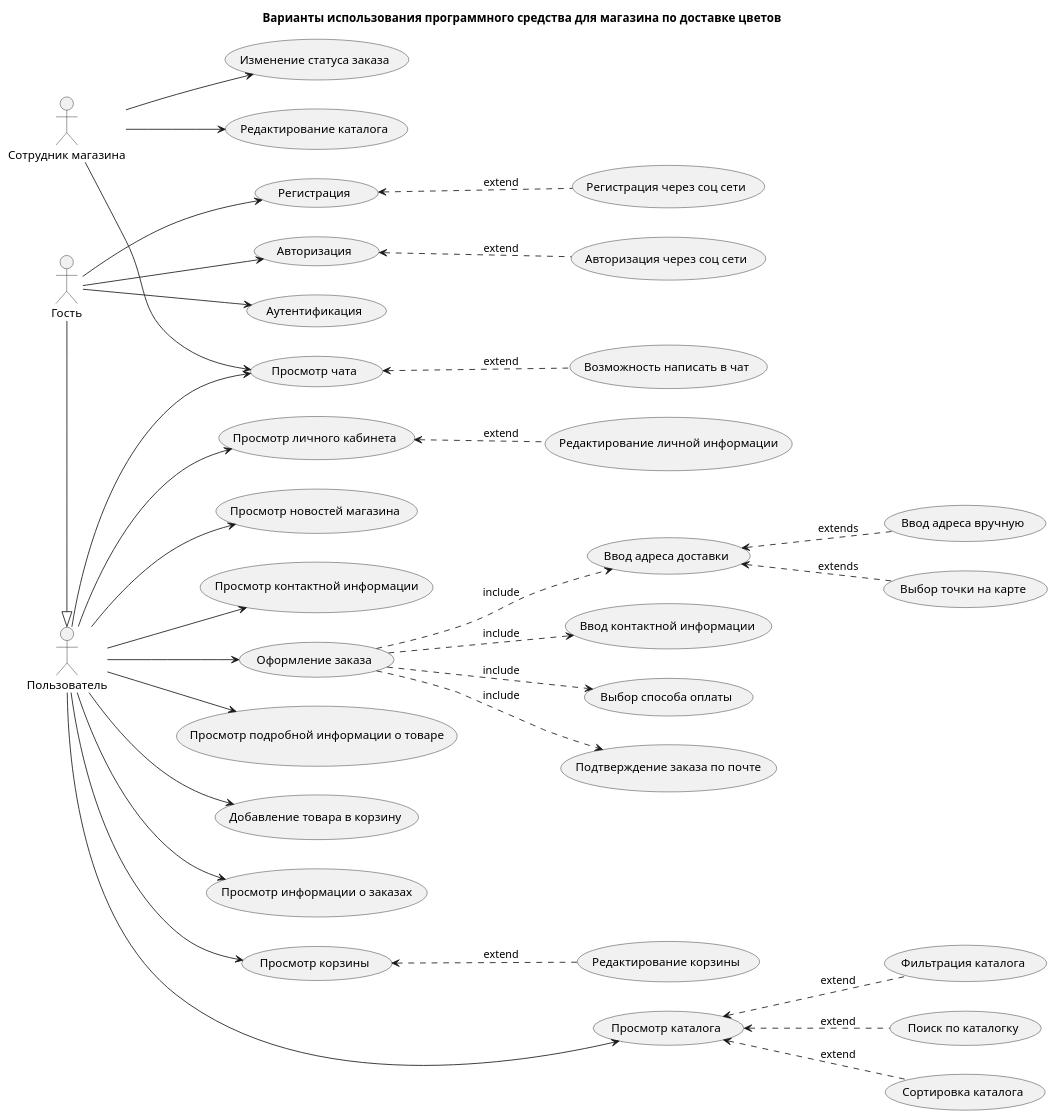
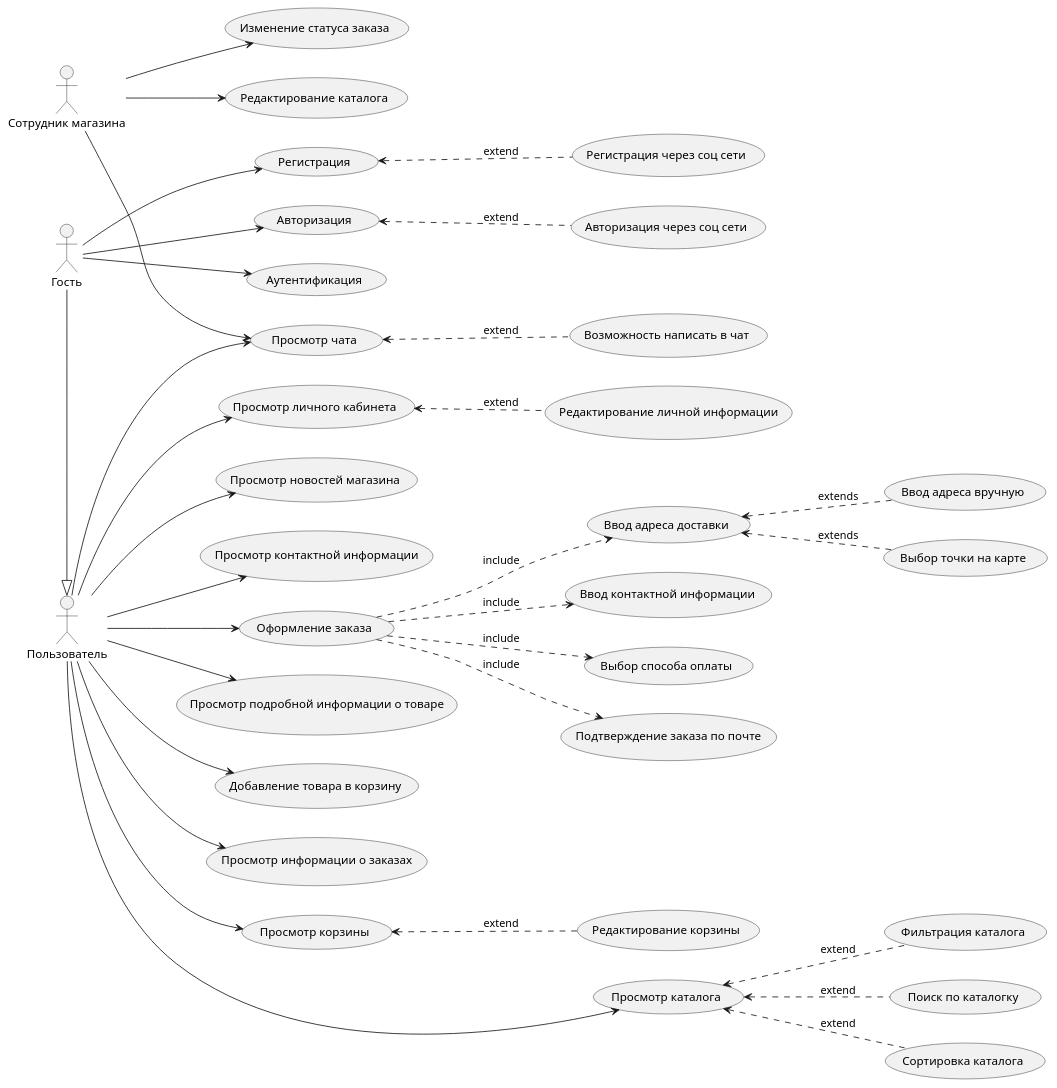
The diagram in Docs/diagrams/use_case.puml (nikail23/Diplom), drawn with PlantUML before and after one commit. The commit also changed 4 other files, not shown here.

```diff
--- a/Docs/diagrams/use_case.puml
+++ b/Docs/diagrams/use_case.puml
@@ -1,90 +1,88 @@
 @startuml
 left to right direction
-
-title Варианты использования программного средства для магазина по доставке цветов
 
 ' actors
 
 actor "Гость" as Guest
 actor "Пользователь" as User
 actor "Сотрудник магазина" as Worker
 
 ' use cases
 
 usecase "Регистрация" as Registration
 usecase "Редактирование каталога" as EditCatalog
 usecase "Регистрация через соц сети" as RegistrationSN
 usecase "Авторизация" as Authorisation
 usecase "Аутентификация" as Authentification
 usecase "Просмотр новостей магазина" as ViewNews
 usecase "Авторизация через соц сети" as AuthorisationSN
 usecase "Просмотр личного кабинета" as ViewAccount
 usecase "Редактирование личной информации" as ViewAccountEdit
 usecase "Просмотр каталога" as ViewCatalog
 usecase "Поиск по каталогку" as ViewCatalogSearch
 usecase "Сортировка каталога" as ViewCatalogSort
 usecase "Фильтрация каталога" as ViewCatalogFilter
 usecase "Просмотр контактной информации" as ViewContacts
 usecase "Просмотр подробной информации о товаре" as ViewFlower
 usecase "Добавление товара в корзину" as AddFlower
 usecase "Просмотр корзины" as ViewCart
 usecase "Редактирование корзины" as ViewCartEdit
 usecase "Оформление заказа" as Order
 usecase "Ввод адреса доставки" as OrderAddressInfo
 usecase "Ввод адреса вручную" as OrderAddressInfoManual
 usecase "Выбор точки на карте" as OrderAddressInfoMap
 usecase "Ввод контактной информации" as OrderContactsInfo
 usecase "Выбор способа оплаты" as OrderPayment
 usecase "Подтверждение заказа по почте" as OrderEmail
 usecase "Просмотр информации о заказах" as ViewOrders
 usecase "Изменение статуса заказа" as OrdersStatus
 usecase "Просмотр чата" as Chat
 usecase "Возможность написать в чат" as ChatMessage
 
 ' actors relations
 
 Guest -|> User
 
 Guest --> Registration
 Guest --> Authorisation
 Guest --> Authentification
 
 User --> ViewAccount
 User ---> ViewCatalog
 User --> ViewContacts
 User --> ViewFlower
 User --> AddFlower
 User --> ViewCart
 User --> Order
 User --> ViewOrders
 User --> Chat
 User --> ViewNews
 
 Worker --> OrdersStatus
 Worker --> Chat
 Worker --> EditCatalog
 
 ' use case relations
 
 ViewAccountEdit .up.> ViewAccount : extend
 
 ViewCatalogSearch .up.> ViewCatalog : extend
 ViewCatalogSort .up.> ViewCatalog : extend
 ViewCatalogFilter .up.> ViewCatalog : extend
 
 AuthorisationSN .up.> Authorisation : extend
 RegistrationSN .up.> Registration : extend
 
 ViewCartEdit .up.> ViewCart : extend
 
 ChatMessage .up.> Chat : extend
 
 Order .down.> OrderAddressInfo  : include
 OrderAddressInfoMap .up.> OrderAddressInfo : extends
 OrderAddressInfoManual .up.> OrderAddressInfo : extends
 
 Order .down.> OrderContactsInfo : include
 Order .down.> OrderPayment : include
 Order .down.> OrderEmail : include
 
 @enduml
```
